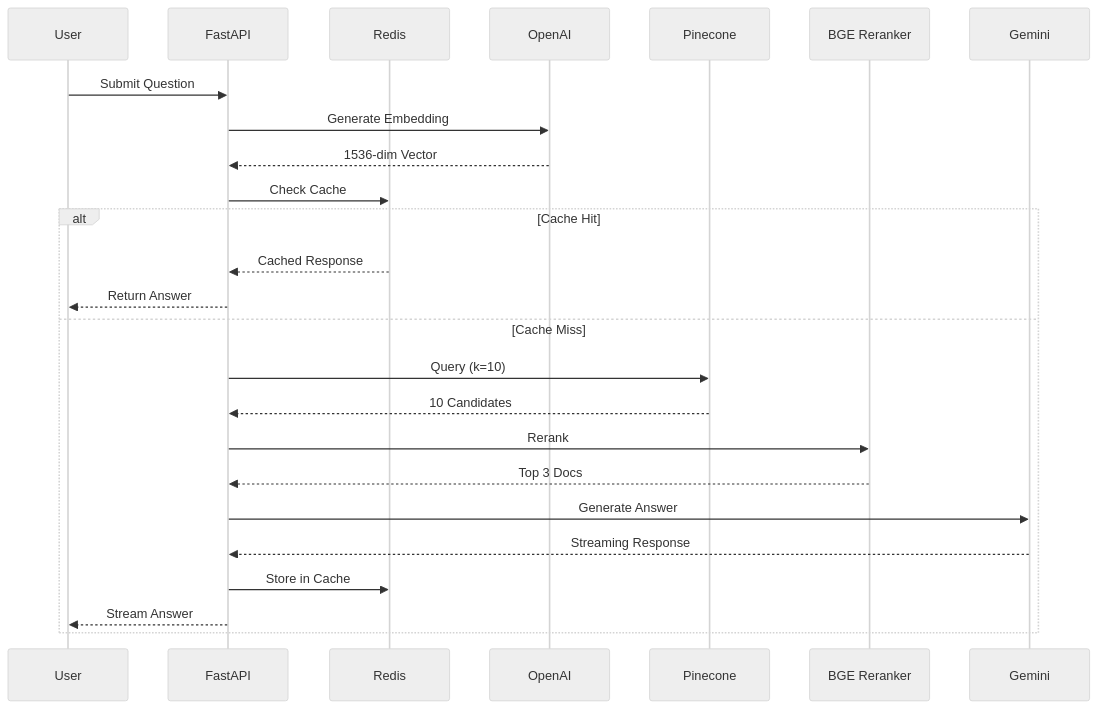
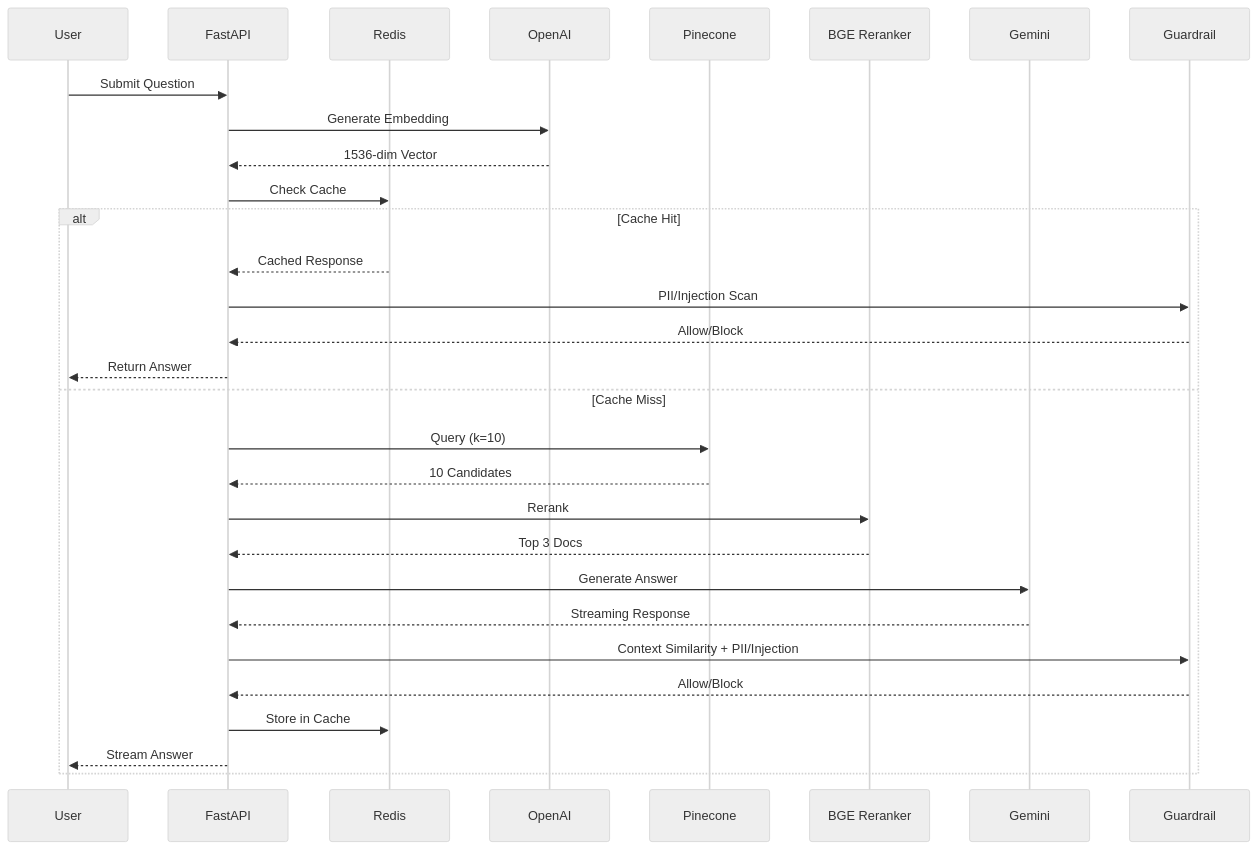
One commit to albertkingdom/rag-chatbot-demo changed the fourth of 4 diagrams in architecture.md. Above: the diagram before and after it, drawn with Mermaid (neutral theme). The commit also changed other lines of this file and 1 other file, not shown here.

Commit message:
docs: update architecture diagram and add intent classification doc

````diff
--- a/architecture.md
+++ b/architecture.md
@@ -151,29 +160,34 @@
 ```mermaid
 sequenceDiagram
     participant U as User
     participant F as FastAPI
     participant R as Redis
     participant O as OpenAI
     participant P as Pinecone
     participant B as BGE Reranker
     participant G as Gemini
+    participant GR as Guardrail
 
     U->>F: Submit Question
     F->>O: Generate Embedding
     O-->>F: 1536-dim Vector
     F->>R: Check Cache
 
     alt Cache Hit
         R-->>F: Cached Response
+        F->>GR: PII/Injection Scan
+        GR-->>F: Allow/Block
         F-->>U: Return Answer
     else Cache Miss
         F->>P: Query (k=10)
         P-->>F: 10 Candidates
         F->>B: Rerank
         B-->>F: Top 3 Docs
         F->>G: Generate Answer
         G-->>F: Streaming Response
+        F->>GR: Context Similarity + PII/Injection
+        GR-->>F: Allow/Block
         F->>R: Store in Cache
         F-->>U: Stream Answer
     end
 ```
````
